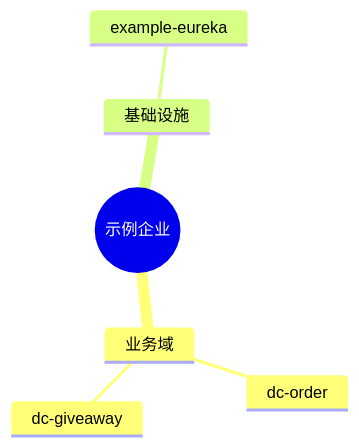
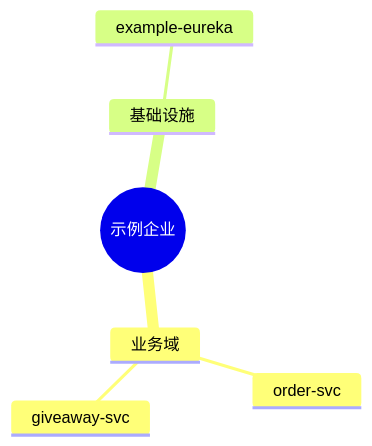
Before and after one commit to xingtu1996/xingtu-ai-engineering: the seventh of 7 diagrams in scaffolds/mermaid-diagram-template.md, drawn with Mermaid. The commit also changed 13 other files, not shown here.

````diff
--- a/scaffolds/mermaid-diagram-template.md
+++ b/scaffolds/mermaid-diagram-template.md
@@ -76,9 +76,9 @@
 ```mermaid
 mindmap
     root((示例企业))
         业务域
-            dc-order
-            dc-giveaway
+            order-svc
+            giveaway-svc
         基础设施
             example-eureka
 ```
````
